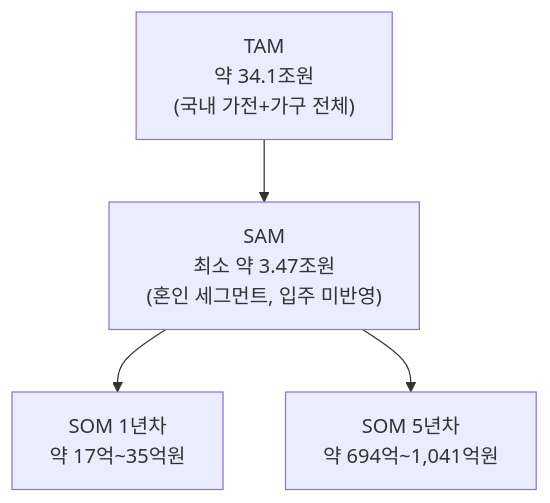
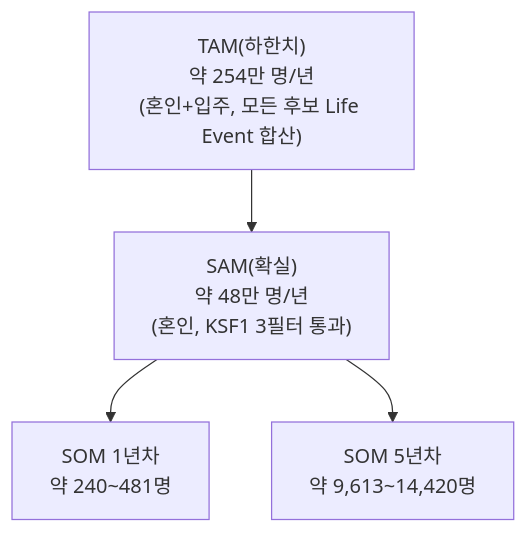
The second of 3 diagrams in Industry and Business Analysis/04 - TAM-SAM-SOM 과 Market Segment Map.md (jennie-brain/idea), drawn with Mermaid before and after one commit. The commit also changed other lines of this file and 1 other file, not shown here.

First line of the commit message:
Rework market-scope layering (01) and rebuild TAM-SAM-SOM on headcount (04)

````diff
--- a/Industry and Business Analysis/04 - TAM-SAM-SOM 과 Market Segment Map.md
+++ b/Industry and Business Analysis/04 - TAM-SAM-SOM 과 Market Segment Map.md
@@ -90,6 +111,6 @@
 ```mermaid
 flowchart TD
-    A["TAM<br/>약 34.1조원<br/>(국내 가전+가구 전체)"] --> B["SAM<br/>최소 약 3.47조원<br/>(혼인 세그먼트, 입주 미반영)"]
-    B --> C["SOM 1년차<br/>약 17억~35억원"]
-    B --> D["SOM 5년차<br/>약 694억~1,041억원"]
+    A["TAM(하한치)<br/>약 254만 명/년<br/>(혼인+입주, 모든 후보 Life Event 합산)"] --> B["SAM(확실)<br/>약 48만 명/년<br/>(혼인, KSF1 3필터 통과)"]
+    B --> C["SOM 1년차<br/>약 240~481명"]
+    B --> D["SOM 5년차<br/>약 9,613~14,420명"]
 ```
````
